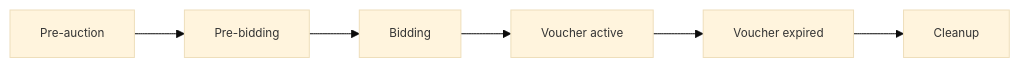
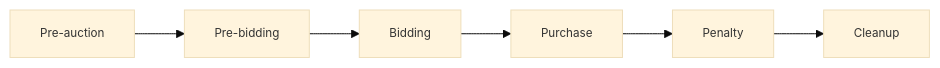
Before and after one commit to mlabs-haskell/hydra-auction: the first of 4 diagrams in docs/domain_logic.md, drawn with Mermaid (base theme). The commit also changed other lines of this file, not shown here.

Commit message:
Rename 'voucher' in domain_logic.md

````diff
--- a/docs/domain_logic.md
+++ b/docs/domain_logic.md
@@ -157,11 +152,11 @@
 ```mermaid
 flowchart LR
     p0[Pre-auction]     --> p1
     p1[Pre-bidding]     --> p2
     p2[Bidding]         --> p3
-    p3[Voucher active]  --> p4
-    p4[Voucher expired] --> p5
+    p3[Purchase]  --> p4
+    p4[Penalty] --> p5
     p5[Cleanup]
 
   classDef default font-size:90%, overflow:visible;
 ```
````
